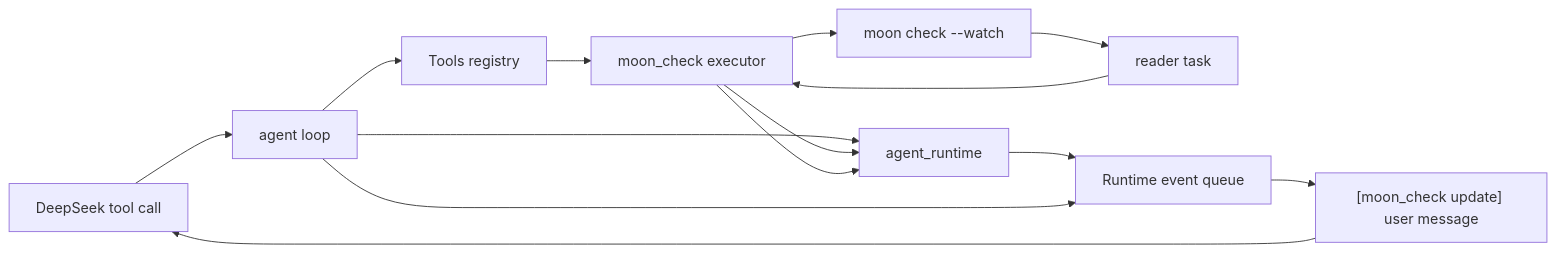
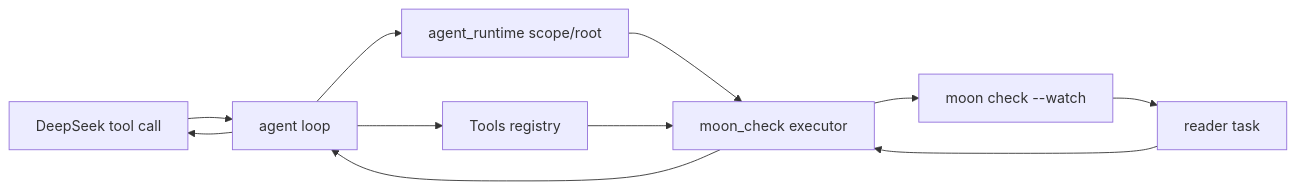
Before and after one commit to vectie/openseek: the diagram in agent_tool/README.mbt.md, drawn with Mermaid. The commit also changed other lines of this file and 33 other files, not shown here.

Commit message:
remove unused moon_check runtime events

````diff
--- a/agent_tool/README.mbt.md
+++ b/agent_tool/README.mbt.md
@@ -56,16 +56,13 @@
 ```mermaid
 flowchart LR
   Model[DeepSeek tool call] --> Agent[agent loop]
   Agent --> Tools[Tools registry]
+  Agent --> Runtime[agent_runtime scope/root]
+  Runtime --> MoonCheck
   Tools --> MoonCheck[moon_check executor]
-  Agent --> Runtime[agent_runtime]
-  MoonCheck --> Runtime
   MoonCheck --> Watcher[moon check --watch]
   Watcher --> Monitor[reader task]
   Monitor --> MoonCheck
-  MoonCheck --> Runtime
-  Runtime --> Queue[Runtime event queue]
-  Agent --> Queue
-  Queue --> Message["[moon_check update] user message"]
-  Message --> Model
+  MoonCheck --> Agent
+  Agent --> Model
 ```
````
